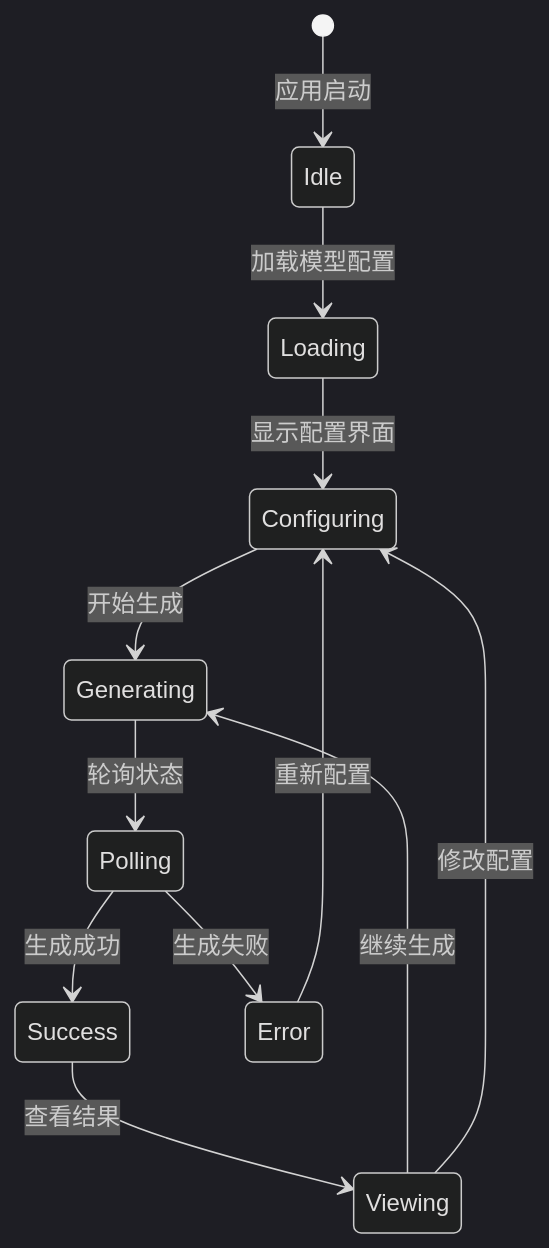
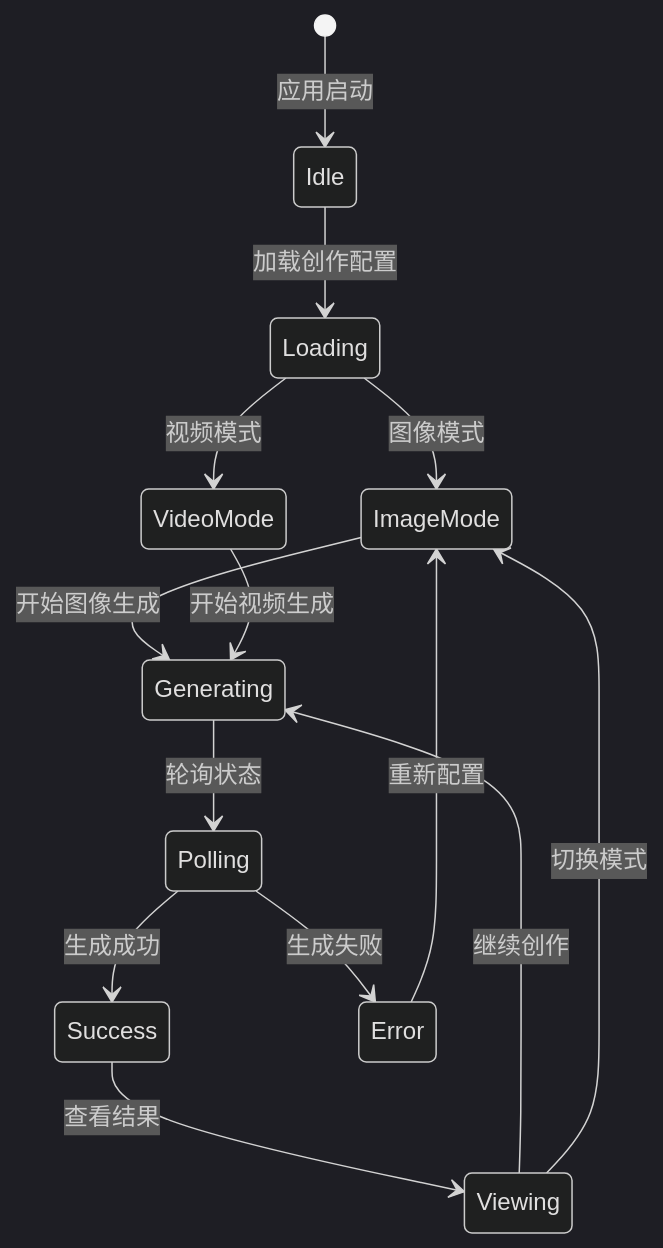
The fourth of 10 diagrams in .qoder/repowiki/zh/content/Mobile Navigation System.md (AvatoLabs/avato), drawn with Mermaid (dark theme) before and after one commit. The commit also changed other lines of this file and 158 other files, not shown here.

````diff
--- a/.qoder/repowiki/zh/content/Mobile Navigation System.md
+++ b/.qoder/repowiki/zh/content/Mobile Navigation System.md
@@ -262,14 +264,16 @@
 ```mermaid
 stateDiagram-v2
 [*] --> Idle : 应用启动
-Idle --> Loading : 加载模型配置
-Loading --> Configuring : 显示配置界面
-Configuring --> Generating : 开始生成
+Idle --> Loading : 加载创作配置
+Loading --> ImageMode : 图像模式
+Loading --> VideoMode : 视频模式
+ImageMode --> Generating : 开始图像生成
+VideoMode --> Generating : 开始视频生成
 Generating --> Polling : 轮询状态
 Polling --> Success : 生成成功
 Polling --> Error : 生成失败
 Success --> Viewing : 查看结果
-Error --> Configuring : 重新配置
-Viewing --> Generating : 继续生成
-Viewing --> Configuring : 修改配置
+Error --> ImageMode : 重新配置
+Viewing --> Generating : 继续创作
+Viewing --> ImageMode : 切换模式
 ```
````
